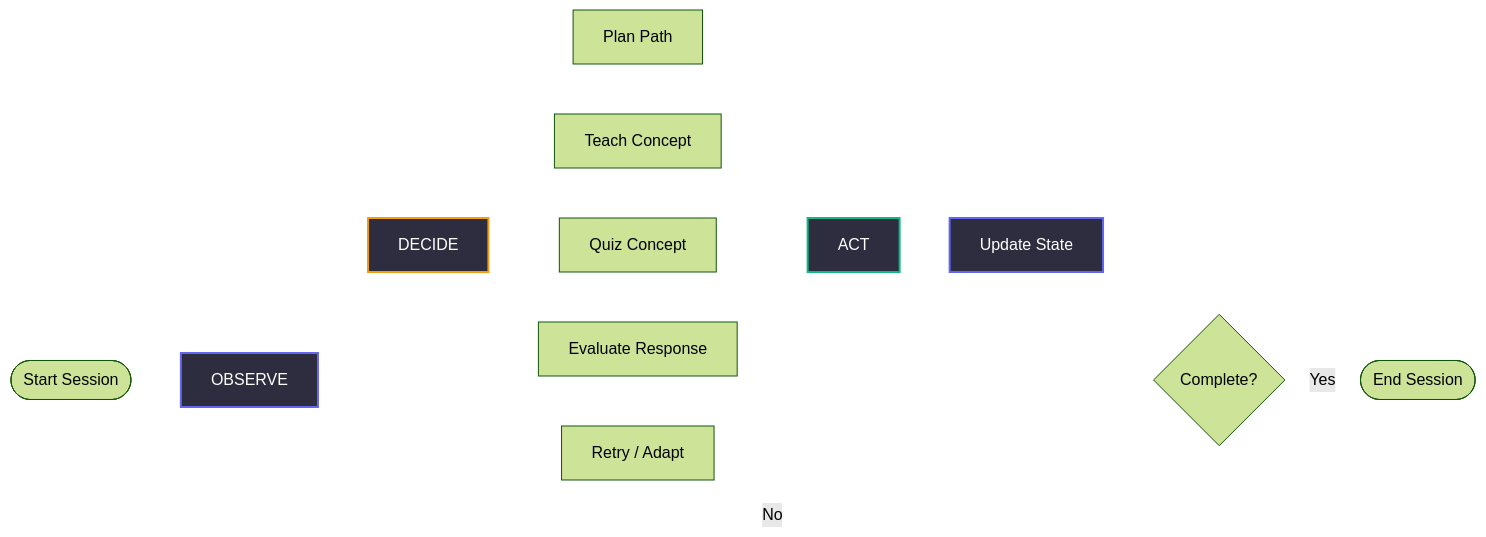
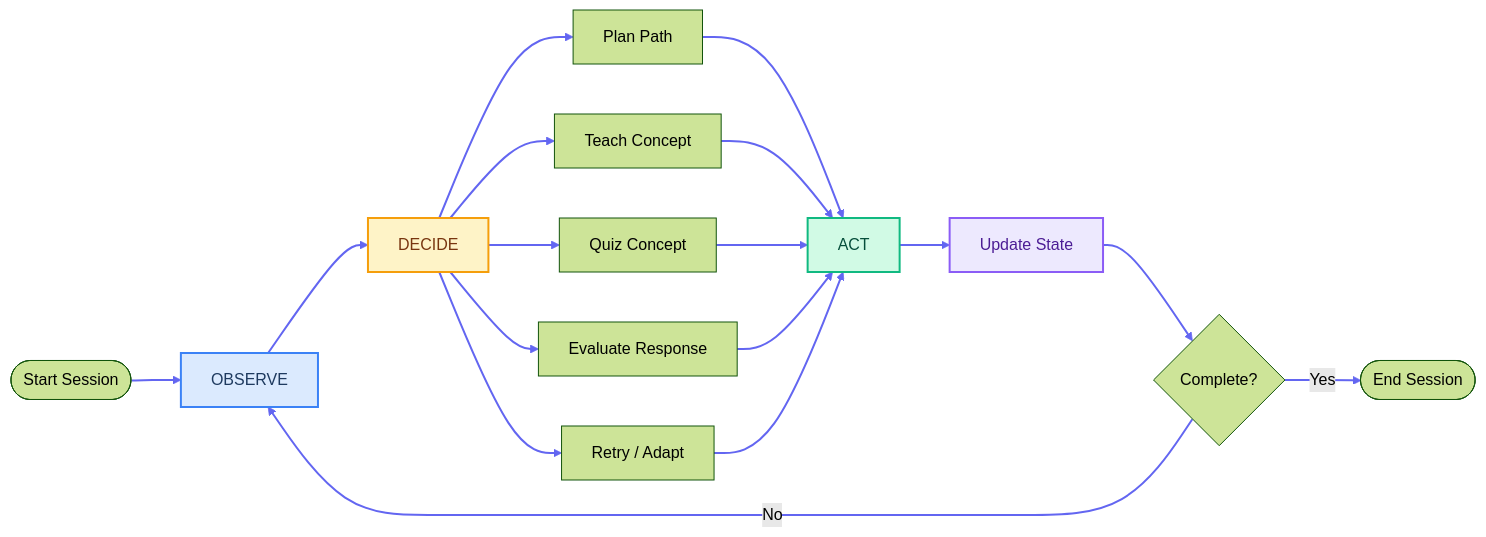
The third of 6 diagrams in ARCHITECTURE.md (ebinzacharias/ez-agentic-study-buddy), drawn with Mermaid (forest theme) before and after one commit. The commit also changed other lines of this file and 1 other file, not shown here.

````diff
--- a/ARCHITECTURE.md
+++ b/ARCHITECTURE.md
@@ -317,31 +317,31 @@
 ```mermaid
 flowchart LR
-    style Observe fill:#2D2D3F,stroke:#6366F1,stroke-width:2px,color:#FFFFFF
-    style Decide fill:#2D2D3F,stroke:#F59E0B,stroke-width:2px,color:#FFFFFF
-    style Act fill:#2D2D3F,stroke:#10B981,stroke-width:2px,color:#FFFFFF
-    style UpdateState fill:#2D2D3F,stroke:#6366F1,stroke-width:2px,color:#FFFFFF
+    style Observe fill:#DBEAFE,stroke:#3B82F6,stroke-width:2px,color:#1E3A5F
+    style Decide fill:#FEF3C7,stroke:#F59E0B,stroke-width:2px,color:#78350F
+    style Act fill:#D1FAE5,stroke:#10B981,stroke-width:2px,color:#064E3B
+    style UpdateState fill:#EDE9FE,stroke:#8B5CF6,stroke-width:2px,color:#4C1D95
 
-    linkStyle default stroke:#FFFFFF,stroke-width:2px
+    linkStyle default stroke:#6366F1,stroke-width:2px
 
     Start([Start Session]) --> Observe[OBSERVE]
     
     Observe --> Decide[DECIDE]
     
     Decide --> Plan[Plan Path]
     Decide --> Teach[Teach Concept]
     Decide --> Quiz[Quiz Concept]
     Decide --> Evaluate[Evaluate Response]
     Decide --> Adapt[Retry / Adapt]
     
     Plan --> Act[ACT]
     Teach --> Act
     Quiz --> Act
     Evaluate --> Act
     Adapt --> Act
     
     Act --> UpdateState[Update State]
     UpdateState --> CheckComplete{Complete?}
     
     CheckComplete -->|No| Observe
     CheckComplete -->|Yes| End([End Session])
 ```
````
